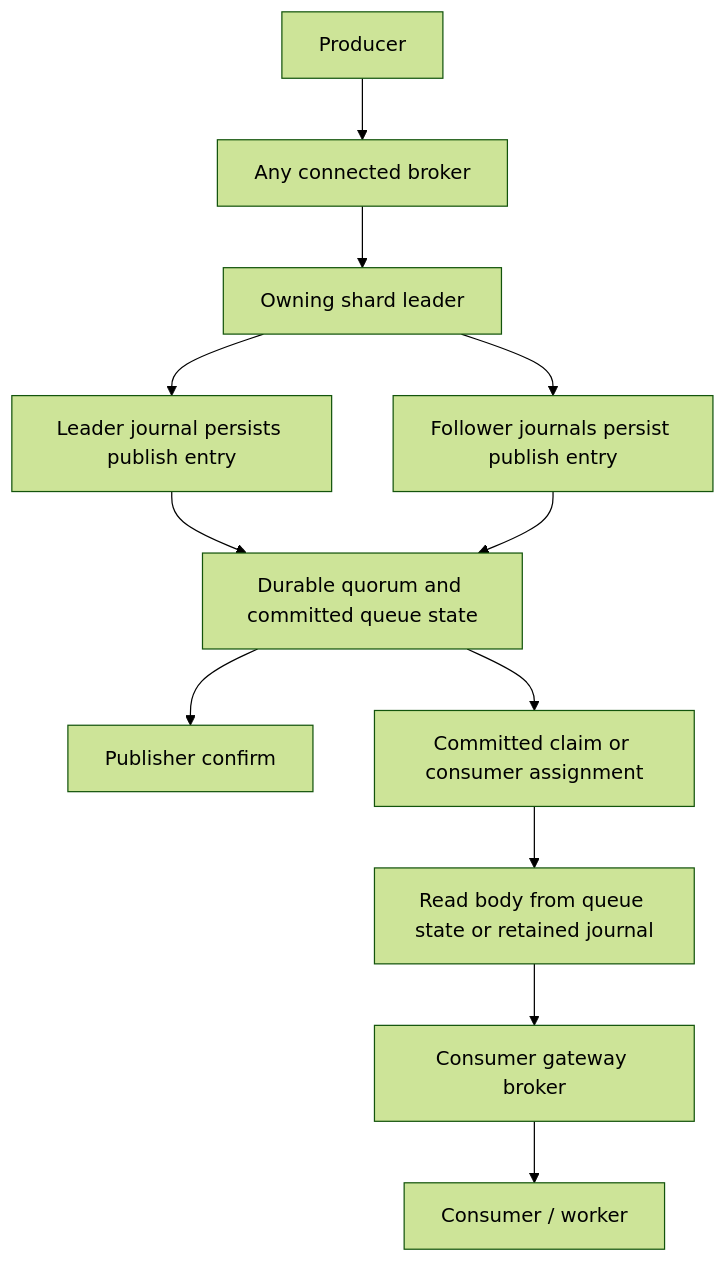
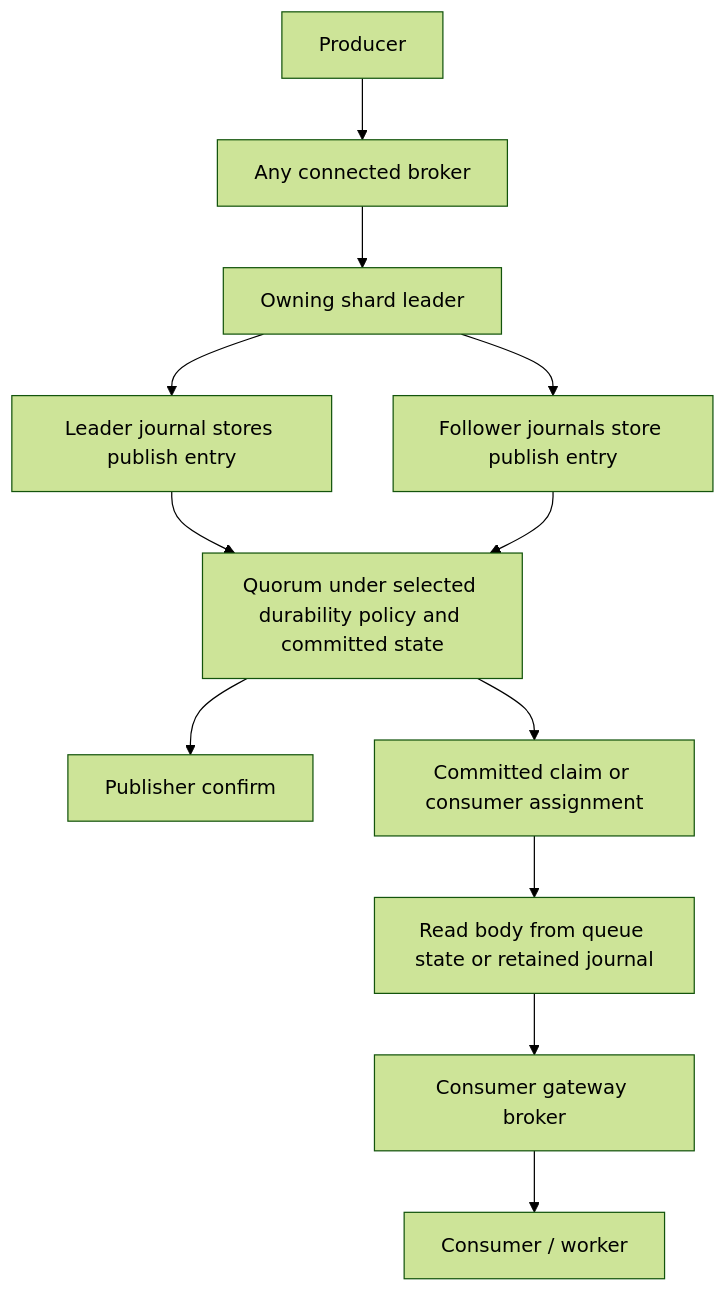
Before and after one commit to maxpert/strangeq: the diagram in docs/CLUSTERING.md, drawn with Mermaid (forest theme). The commit also changed other lines of this file and 20 other files, not shown here.

````diff
--- a/docs/CLUSTERING.md
+++ b/docs/CLUSTERING.md
@@ -304,14 +314,14 @@
 ```mermaid
 flowchart TD
     P[Producer] --> I[Any connected broker]
     I --> L[Owning shard leader]
-    L --> J[Leader journal persists publish entry]
-    L --> F[Follower journals persist publish entry]
-    J --> Q[Durable quorum and committed queue state]
+    L --> J[Leader journal stores publish entry]
+    L --> F[Follower journals store publish entry]
+    J --> Q[Quorum under selected durability policy and committed state]
     F --> Q
     Q --> C[Publisher confirm]
     Q --> D[Committed claim or consumer assignment]
     D --> B[Read body from queue state or retained journal]
     B --> E[Consumer gateway broker]
     E --> W[Consumer / worker]
 ```
````
